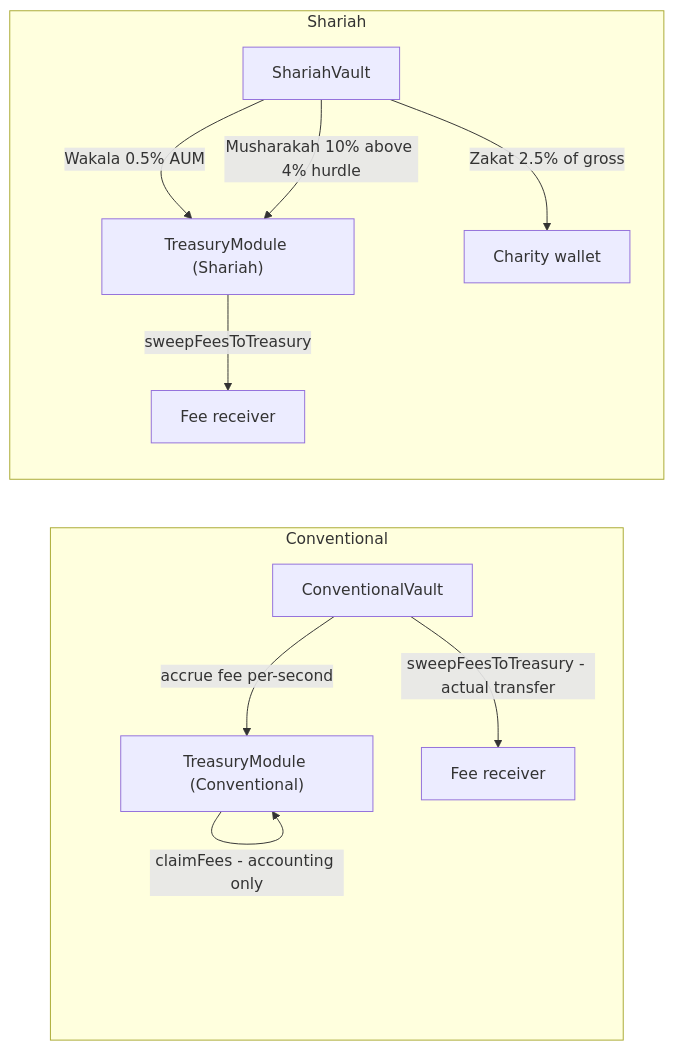
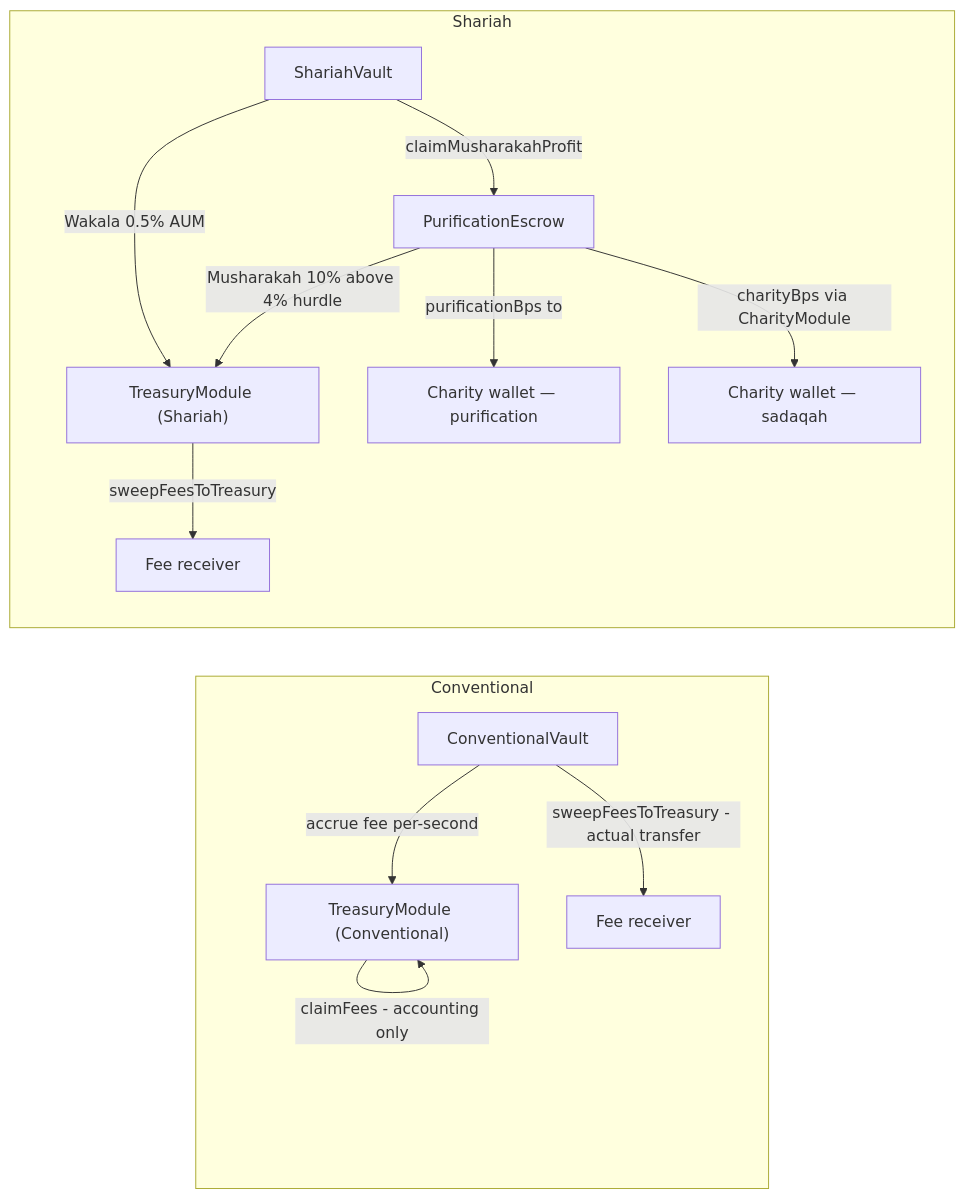
One commit to 0xhaz/DefiVault-Finance changed the ninth of 10 diagrams in README.md. Above: the diagram before and after it, drawn with Mermaid. The commit also changed other lines of this file and 172 other files, not shown here.

````diff
--- a/README.md
+++ b/README.md
@@ -500,15 +589,17 @@
 ```mermaid
 graph LR
     subgraph CFEE ["Conventional"]
         CV[ConventionalVault] -->|accrue fee per-second| CTM["TreasuryModule (Conventional)"]
         CTM -->|claimFees - accounting only| CTM
         CV -->|sweepFeesToTreasury - actual transfer| RECV[Fee receiver]
     end
 
     subgraph SFEE ["Shariah"]
-        SV[ShariahVault] -->|Wakala 0.5% AUM| STM["TreasuryModule (Shariah)"]
-        SV -->|Musharakah 10% above 4% hurdle| STM
-        SV -->|Zakat 2.5% of gross| ZW[Charity wallet]
+        SV2[ShariahVault] -->|Wakala 0.5% AUM| STM["TreasuryModule (Shariah)"]
+        SV2 -->|claimMusharakahProfit| PE2["PurificationEscrow"]
+        PE2 -->|purificationBps to| ZW[Charity wallet — purification]
+        PE2 -->|charityBps via CharityModule| ZW2[Charity wallet — sadaqah]
+        PE2 -->|Musharakah 10% above 4% hurdle| STM
         STM -->|sweepFeesToTreasury| SRECV[Fee receiver]
     end
 ```
````
